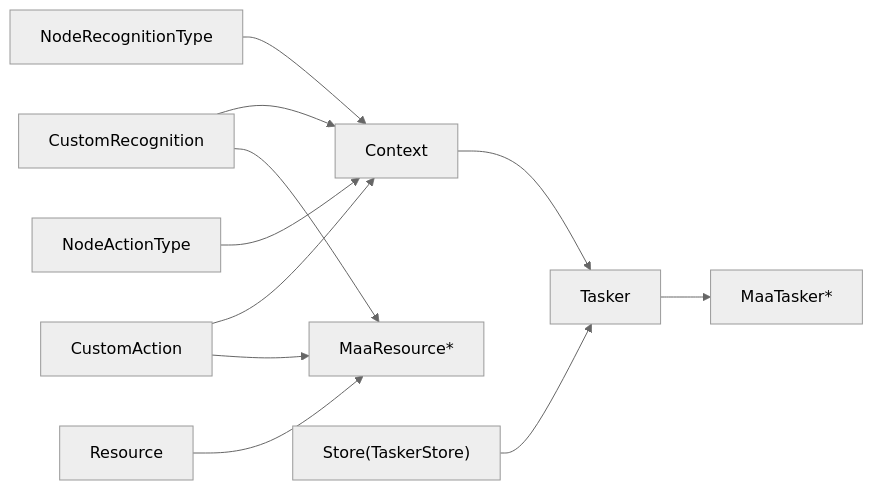
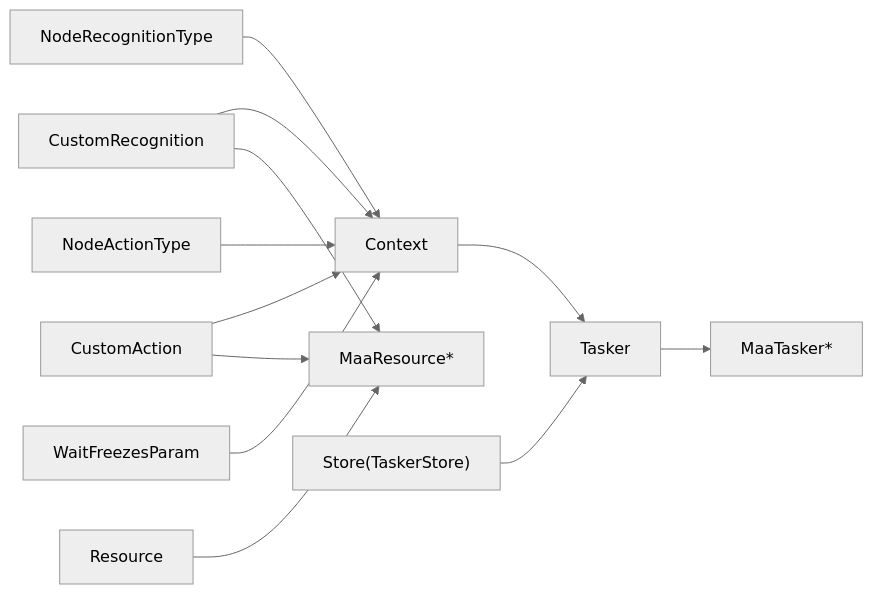
Before and after one commit to kqcoxn/MaaPipelineEditor: the sixth of 6 diagrams in instructions/maafw-golang-binding/核心概念/执行上下文 (Context).md, drawn with Mermaid (neutral theme). The commit also changed other lines of this file and 6 other files, not shown here.

````diff
--- a/instructions/maafw-golang-binding/核心概念/执行上下文 (Context).md
+++ b/instructions/maafw-golang-binding/核心概念/执行上下文 (Context).md
@@ -302,13 +345,14 @@
 ```mermaid
 graph LR
 Ctx["Context"] --> Tsk["Tasker"]
 Tsk --> NTsk["MaaTasker*"]
 Res["Resource"] --> NRes["MaaResource*"]
 CR["CustomRecognition"] --> Ctx
 CA["CustomAction"] --> Ctx
 CR --> NRes
 CA --> NRes
 Store["Store(TaskerStore)"] --> Tsk
 NR["NodeRecognitionType"] --> Ctx
 NA["NodeActionType"] --> Ctx
+WF["WaitFreezesParam"] --> Ctx
 ```
````
